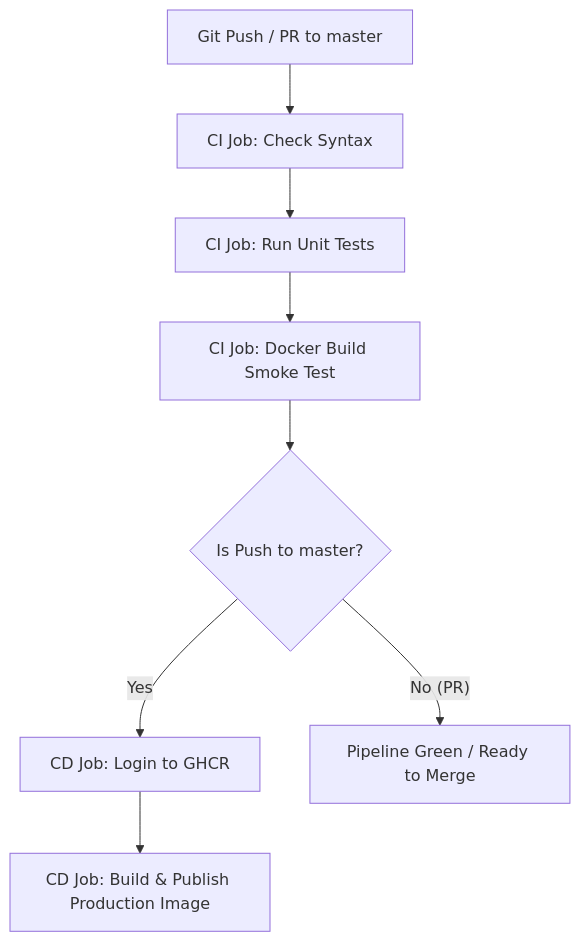
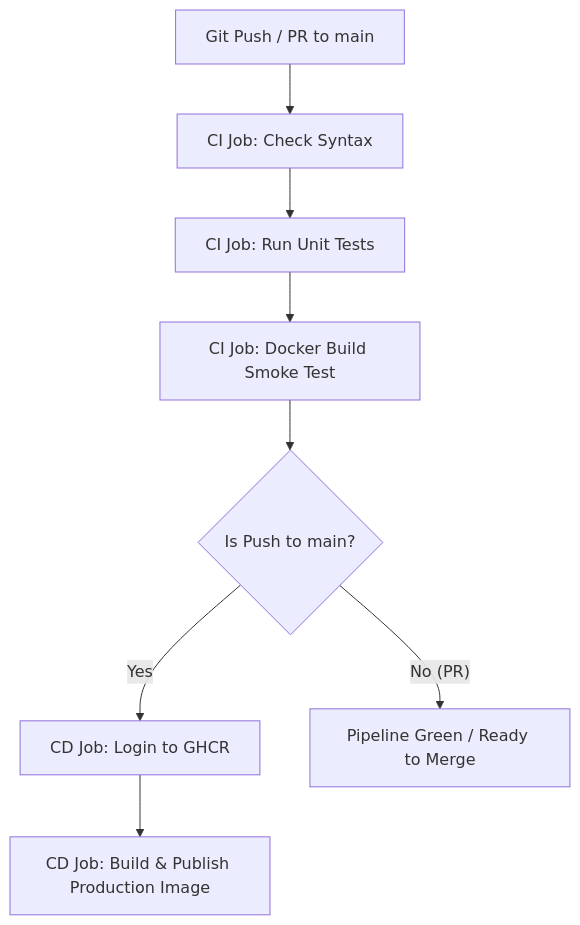
The diagram in README.md (Shubham-2899/redirection-service), drawn with Mermaid before and after one commit. The commit also changed other lines of this file and 1 other file, not shown here.

Commit message:
feat: implement CI/CD pipeline and migrate default branch to main

````diff
--- a/README.md
+++ b/README.md
@@ -184,10 +184,10 @@
 ```mermaid
 graph TD
-    A[Git Push / PR to master] --> B[CI Job: Check Syntax]
+    A[Git Push / PR to main] --> B[CI Job: Check Syntax]
     B --> C[CI Job: Run Unit Tests]
     C --> D[CI Job: Docker Build Smoke Test]
-    D --> E{Is Push to master?}
+    D --> E{Is Push to main?}
     E -- Yes --> F[CD Job: Login to GHCR]
     F --> G[CD Job: Build & Publish Production Image]
     E -- No (PR) --> H[Pipeline Green / Ready to Merge]
 ```
````
